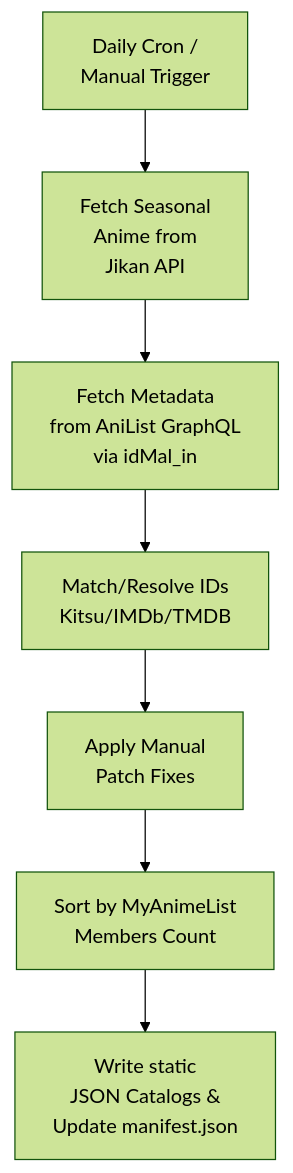
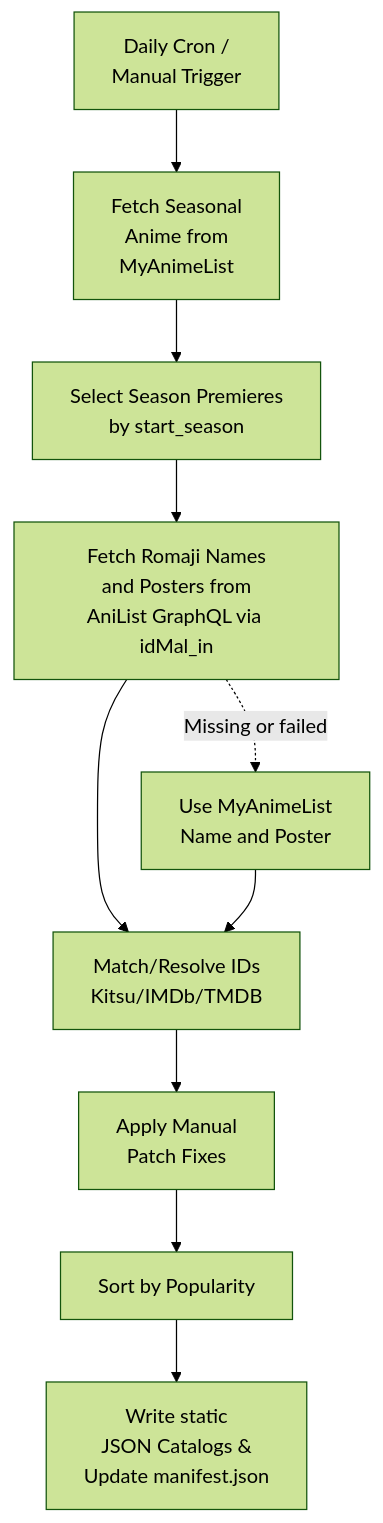
Before and after one commit to KevinAZHD/animes-season-addon: the second of 2 diagrams in README.md, drawn with Mermaid (forest theme). The commit also changed other lines of this file and 11 other files, not shown here.

Commit message:
fix: replace Jikan with MAL seasonal data

````diff
--- a/README.md
+++ b/README.md
@@ -53,9 +56,12 @@
 ```mermaid
 graph TD
-    A[Daily Cron /<br>Manual Trigger] --> B[Fetch Seasonal<br>Anime from<br>Jikan API]
-    B --> C[Fetch Metadata<br>from AniList GraphQL<br>via idMal_in]
-    C --> D[Match/Resolve IDs<br>Kitsu/IMDb/TMDB]
-    D --> E[Apply Manual<br>Patch Fixes]
-    E --> F[Sort by MyAnimeList<br>Members Count]
-    F --> G[Write static<br>JSON Catalogs &<br>Update manifest.json]
+    A[Daily Cron /<br>Manual Trigger] --> B[Fetch Seasonal<br>Anime from<br>MyAnimeList]
+    B --> C[Select Season Premieres<br>by start_season]
+    C --> D[Fetch Romaji Names<br>and Posters from<br>AniList GraphQL via idMal_in]
+    D -. Missing or failed .-> R[Use MyAnimeList<br>Name and Poster]
+    D --> E[Match/Resolve IDs<br>Kitsu/IMDb/TMDB]
+    R --> E
+    E --> F[Apply Manual<br>Patch Fixes]
+    F --> G[Sort by Popularity]
+    G --> H[Write static<br>JSON Catalogs &<br>Update manifest.json]
 ```
````
